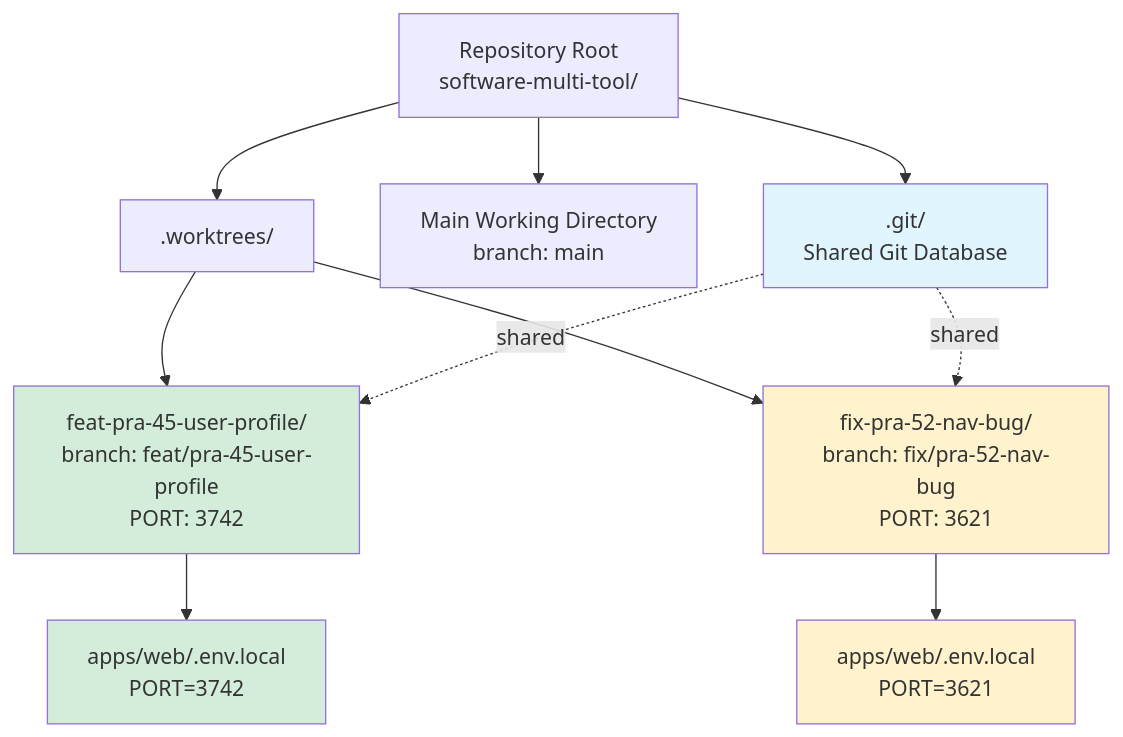
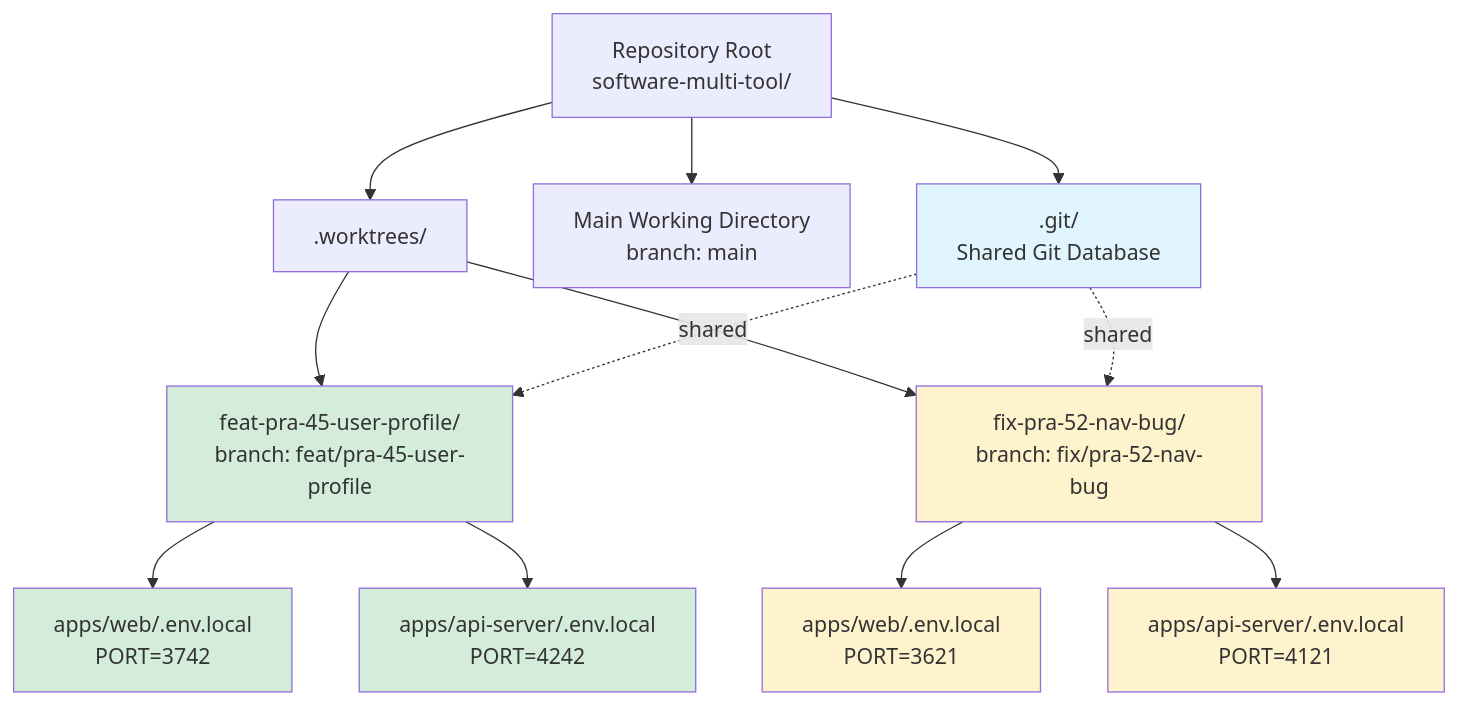
Before and after one commit to aagnone3/software-multi-tool: the first of 2 diagrams in .claude/skills/git-worktrees/SKILL.md, drawn with Mermaid. The commit also changed other lines of this file and 28 other files, not shown here.

````diff
--- a/.claude/skills/git-worktrees/SKILL.md
+++ b/.claude/skills/git-worktrees/SKILL.md
@@ -69,21 +69,25 @@
 ```mermaid
 graph TD
     A[Repository Root<br/>software-multi-tool/] --> B[.git/<br/>Shared Git Database]
     A --> C[Main Working Directory<br/>branch: main]
     A --> D[.worktrees/]
 
-    D --> E[feat-pra-45-user-profile/<br/>branch: feat/pra-45-user-profile<br/>PORT: 3742]
-    D --> F[fix-pra-52-nav-bug/<br/>branch: fix/pra-52-nav-bug<br/>PORT: 3621]
+    D --> E[feat-pra-45-user-profile/<br/>branch: feat/pra-45-user-profile]
+    D --> F[fix-pra-52-nav-bug/<br/>branch: fix/pra-52-nav-bug]
 
     B -.->|shared| E
     B -.->|shared| F
 
     E --> E1[apps/web/.env.local<br/>PORT=3742]
+    E --> E2[apps/api-server/.env.local<br/>PORT=4242]
     F --> F1[apps/web/.env.local<br/>PORT=3621]
+    F --> F2[apps/api-server/.env.local<br/>PORT=4121]
 
     style B fill:#e1f5ff
     style E fill:#d4edda
     style F fill:#fff3cd
     style E1 fill:#d4edda
+    style E2 fill:#d4edda
     style F1 fill:#fff3cd
+    style F2 fill:#fff3cd
 ```
````
